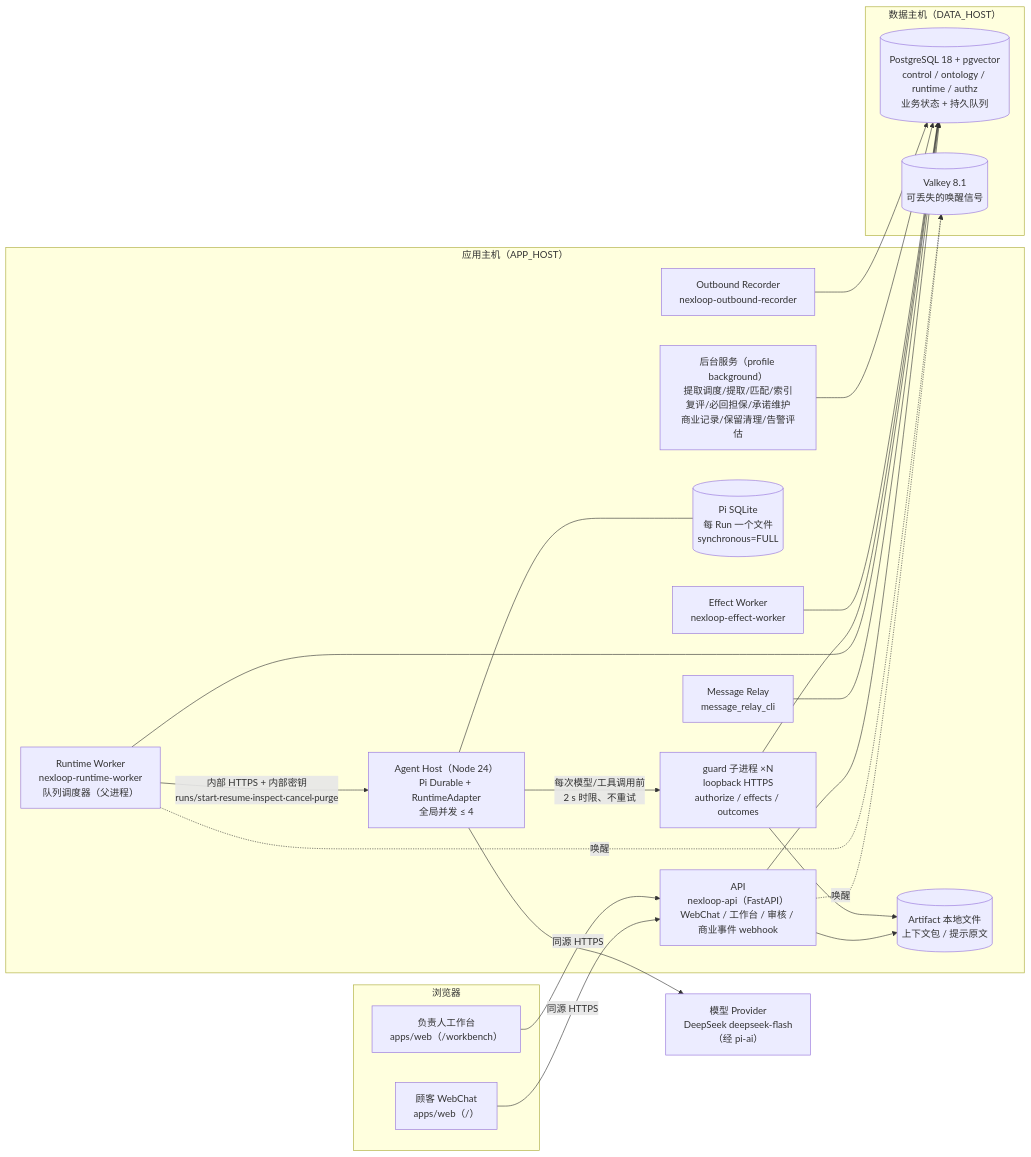
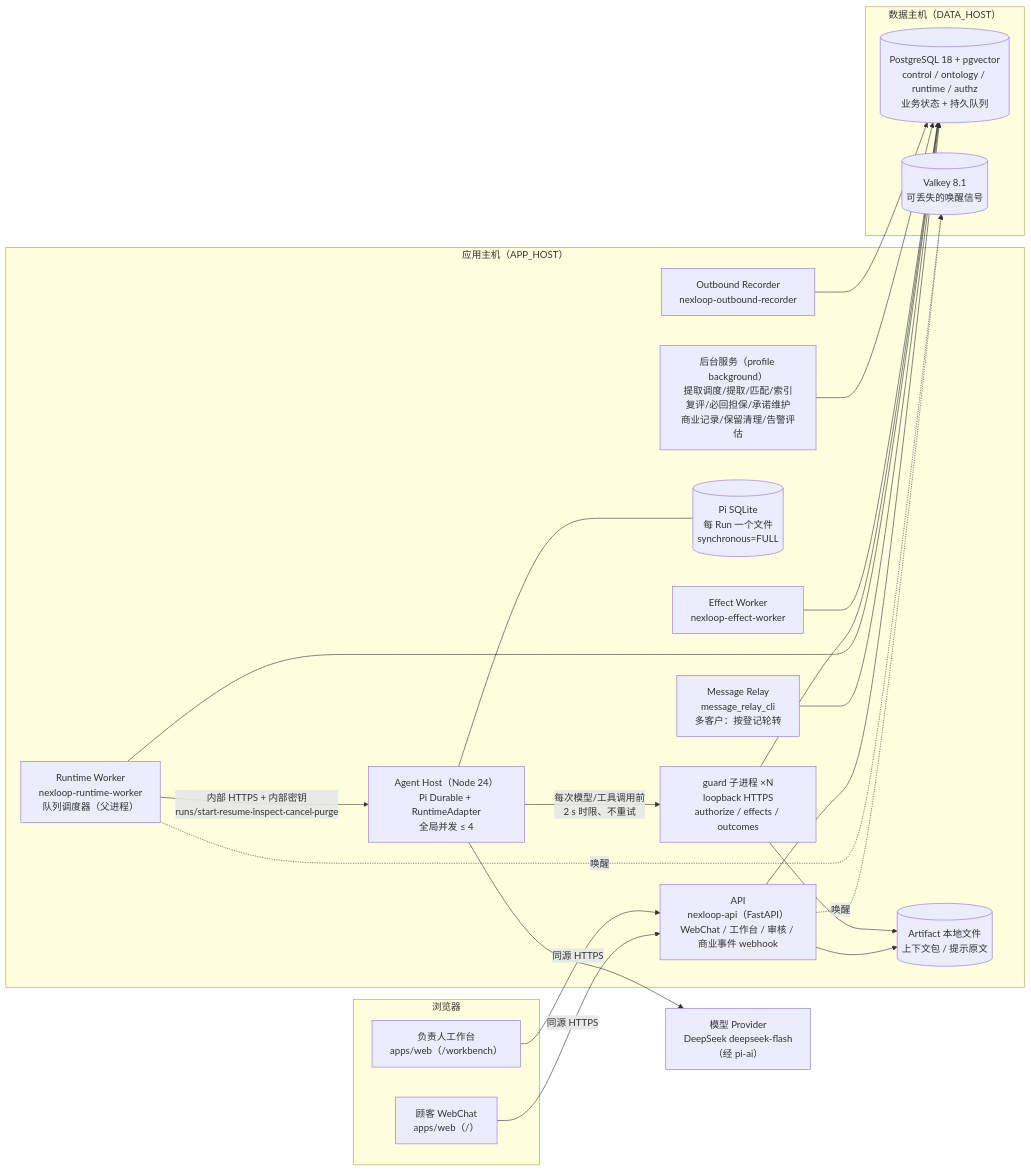
Before and after one commit to cenbonew/NexLoop: the fifth of 6 diagrams in docs/ARCHITECTURE.md, drawn with Mermaid. The commit also changed other lines of this file, not shown here.

Commit message:
docs: architecture update for relay multi-consumer, Source read derivation and NX-031 slice 1 (main c835158)

````diff
--- a/docs/ARCHITECTURE.md
+++ b/docs/ARCHITECTURE.md
@@ -193,44 +194,44 @@
 ```mermaid
 flowchart LR
     subgraph Browser["浏览器"]
         WC["顾客 WebChat<br/>apps/web（/）"]
         WB["负责人工作台<br/>apps/web（/workbench）"]
     end
 
     subgraph App["应用主机（APP_HOST）"]
         API["API<br/>nexloop-api（FastAPI）<br/>WebChat / 工作台 / 审核 / 商业事件 webhook"]
         RW["Runtime Worker<br/>nexloop-runtime-worker<br/>队列调度器（父进程）"]
         G["guard 子进程 ×N<br/>loopback HTTPS<br/>authorize / effects / outcomes"]
         HOST["Agent Host（Node 24）<br/>Pi Durable + RuntimeAdapter<br/>全局并发 ≤ 4"]
         SQLITE[("Pi SQLite<br/>每 Run 一个文件<br/>synchronous=FULL")]
         EW["Effect Worker<br/>nexloop-effect-worker"]
-        REL["Message Relay<br/>message_relay_cli"]
+        REL["Message Relay<br/>message_relay_cli<br/>多客户：按登记轮转"]
         BG["后台服务（profile background）<br/>提取调度/提取/匹配/索引<br/>复评/必回担保/承诺维护<br/>商业记录/保留清理/告警评估"]
         OR["Outbound Recorder<br/>nexloop-outbound-recorder"]
         ART[("Artifact 本地文件<br/>上下文包 / 提示原文")]
     end
 
     subgraph Data["数据主机（DATA_HOST）"]
         PG[("PostgreSQL 18 + pgvector<br/>control / ontology / runtime / authz<br/>业务状态 + 持久队列")]
         VK[("Valkey 8.1<br/>可丢失的唤醒信号")]
     end
 
     MODEL["模型 Provider<br/>DeepSeek deepseek-flash<br/>（经 pi-ai）"]
 
     WC & WB -->|同源 HTTPS| API
     API --> PG
     API --> ART
     REL --> PG
     RW --> PG
     RW -->|内部 HTTPS + 内部密钥<br/>runs/start·resume·inspect·cancel·purge| HOST
     HOST -->|每次模型/工具调用前<br/>2 s 时限、不重试| G
     G --> PG
     G --> ART
     HOST --- SQLITE
     HOST --> MODEL
     EW --> PG
     BG --> PG
     OR --> PG
     API -. 唤醒 .-> VK
     RW -. 唤醒 .-> VK
 ```
````
